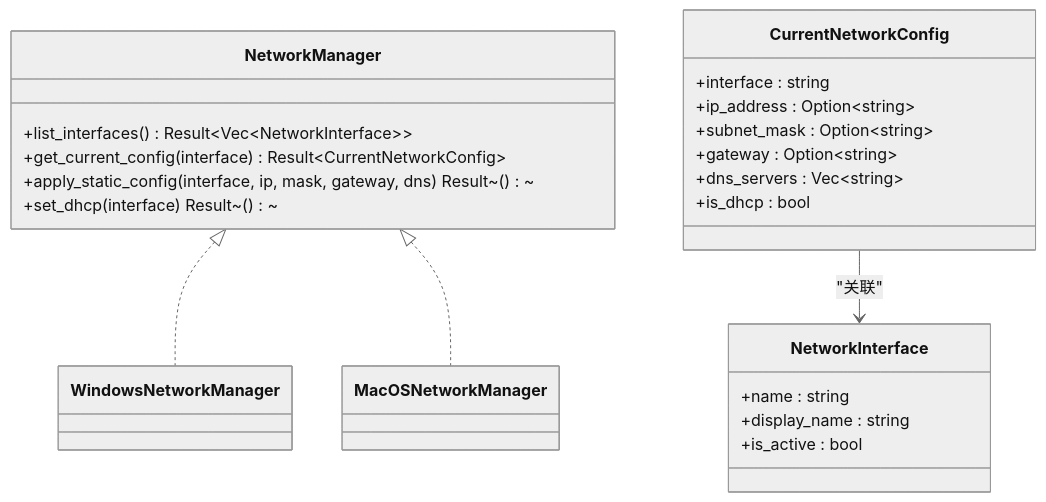
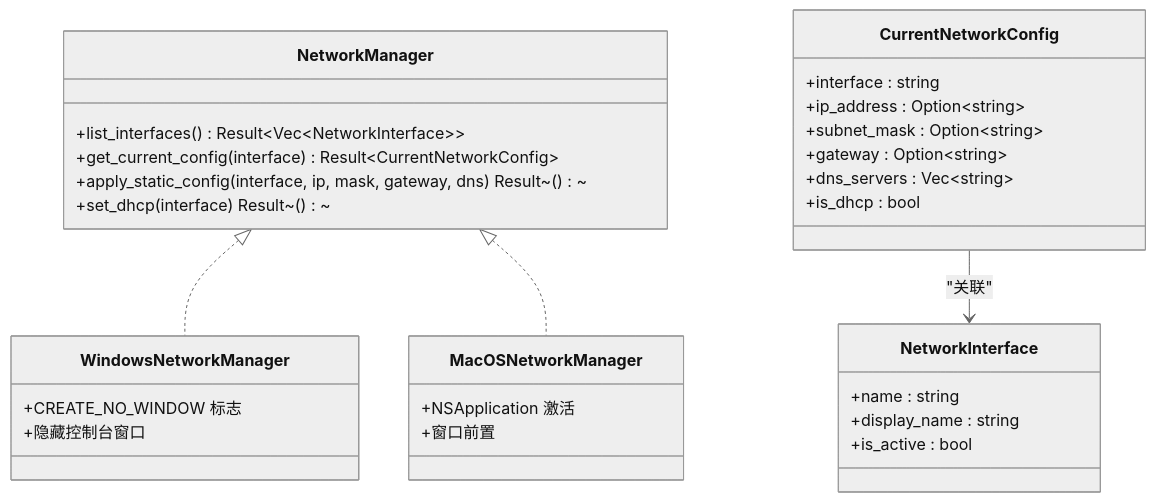
The third of 9 diagrams in .qoder/repowiki/zh/content/后端开发指南/平台集成.md (xdongliang/IPSwitcher), drawn with Mermaid (neutral theme) before and after one commit. The commit also changed other lines of this file and 3 other files, not shown here.

````diff
--- a/.qoder/repowiki/zh/content/后端开发指南/平台集成.md
+++ b/.qoder/repowiki/zh/content/后端开发指南/平台集成.md
@@ -188,27 +211,33 @@
 ```mermaid
 classDiagram
 class NetworkManager {
 +list_interfaces() Result~Vec~NetworkInterface~~
 +get_current_config(interface) Result~CurrentNetworkConfig~
 +apply_static_config(interface, ip, mask, gateway, dns) Result~()~
 +set_dhcp(interface) Result~()~
 }
-class WindowsNetworkManager
-class MacOSNetworkManager
+class WindowsNetworkManager {
++CREATE_NO_WINDOW 标志
++隐藏控制台窗口
+}
+class MacOSNetworkManager {
++NSApplication 激活
++窗口前置
+}
 class CurrentNetworkConfig {
 +interface : string
 +ip_address : Option~string~
 +subnet_mask : Option~string~
 +gateway : Option~string~
 +dns_servers : Vec~string~
 +is_dhcp : bool
 }
 class NetworkInterface {
 +name : string
 +display_name : string
 +is_active : bool
 }
 NetworkManager <|.. WindowsNetworkManager
 NetworkManager <|.. MacOSNetworkManager
 CurrentNetworkConfig --> NetworkInterface : "关联"
 ```
````
